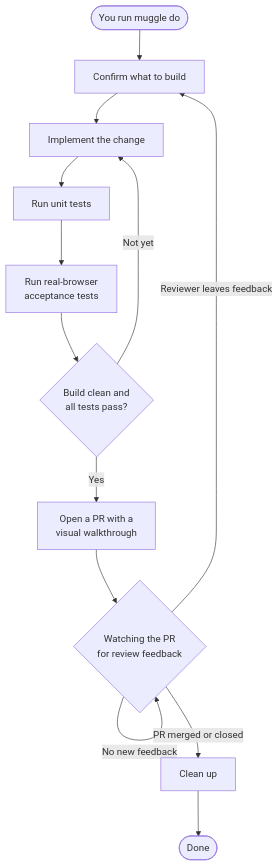
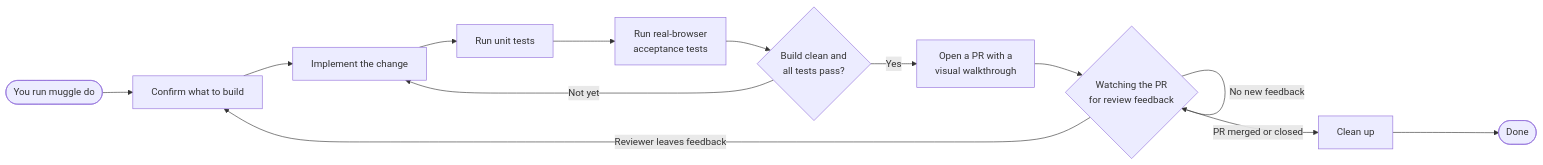
Before and after one commit to multiplex-ai/muggle-ai-docs: the diagram in concepts/how-muggle-do-works.md, drawn with Mermaid.

Commit message:
docs(concepts): lay out the muggle-do flowchart left-to-right (#18)
Switch the flowchart from TD to LR so the mostly-linear workflow
renders wide instead of tall.

````diff
--- a/concepts/how-muggle-do-works.md
+++ b/concepts/how-muggle-do-works.md
@@ -7,15 +7,15 @@
 ```mermaid
-flowchart TD
+flowchart LR
     Start([You run muggle do]) --> Req[Confirm what to build]
     Req --> Impl[Implement the change]
     Impl --> Unit[Run unit tests]
     Unit --> E2E[Run real-browser<br/>acceptance tests]
     E2E --> Gate{Build clean and<br/>all tests pass?}
     Gate -->|Not yet| Impl
     Gate -->|Yes| PR[Open a PR with a<br/>visual walkthrough]
     PR --> Watch{Watching the PR<br/>for review feedback}
     Watch -->|Reviewer leaves feedback| Req
     Watch -->|No new feedback| Watch
     Watch -->|PR merged or closed| Cleanup[Clean up]
     Cleanup --> Done([Done])
 ```
````
